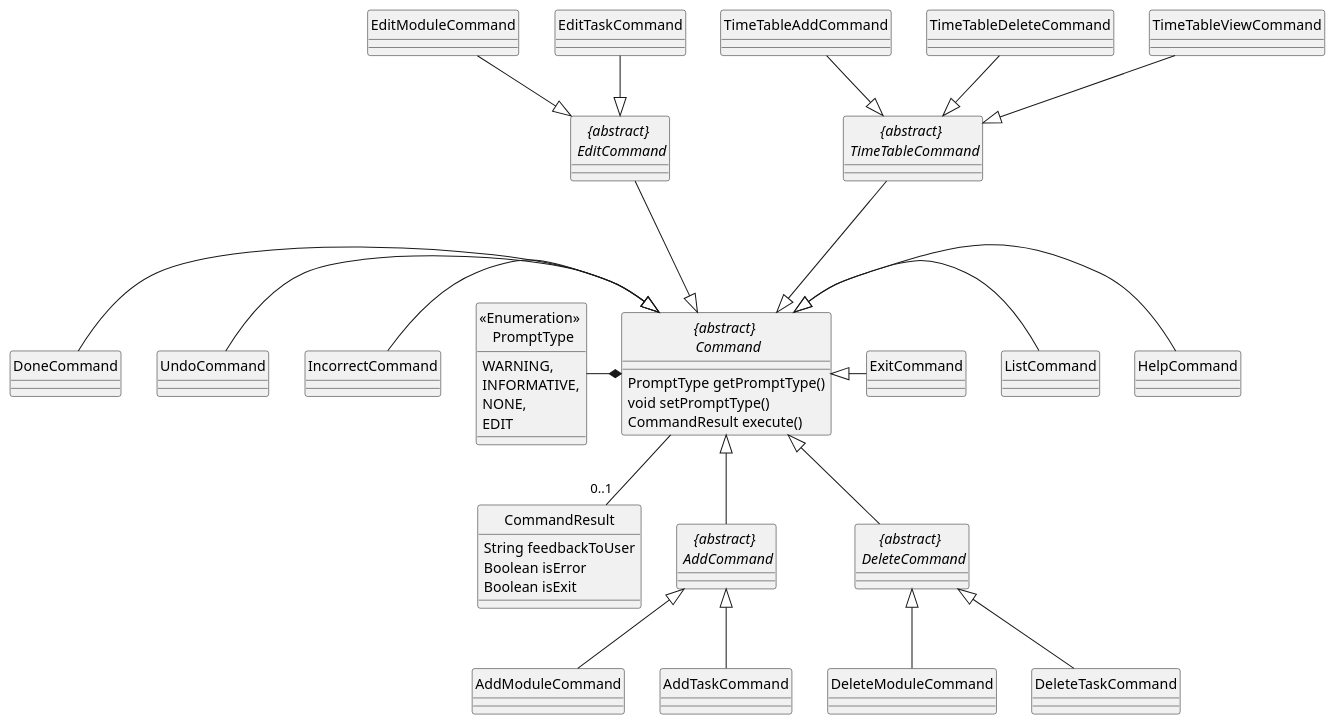
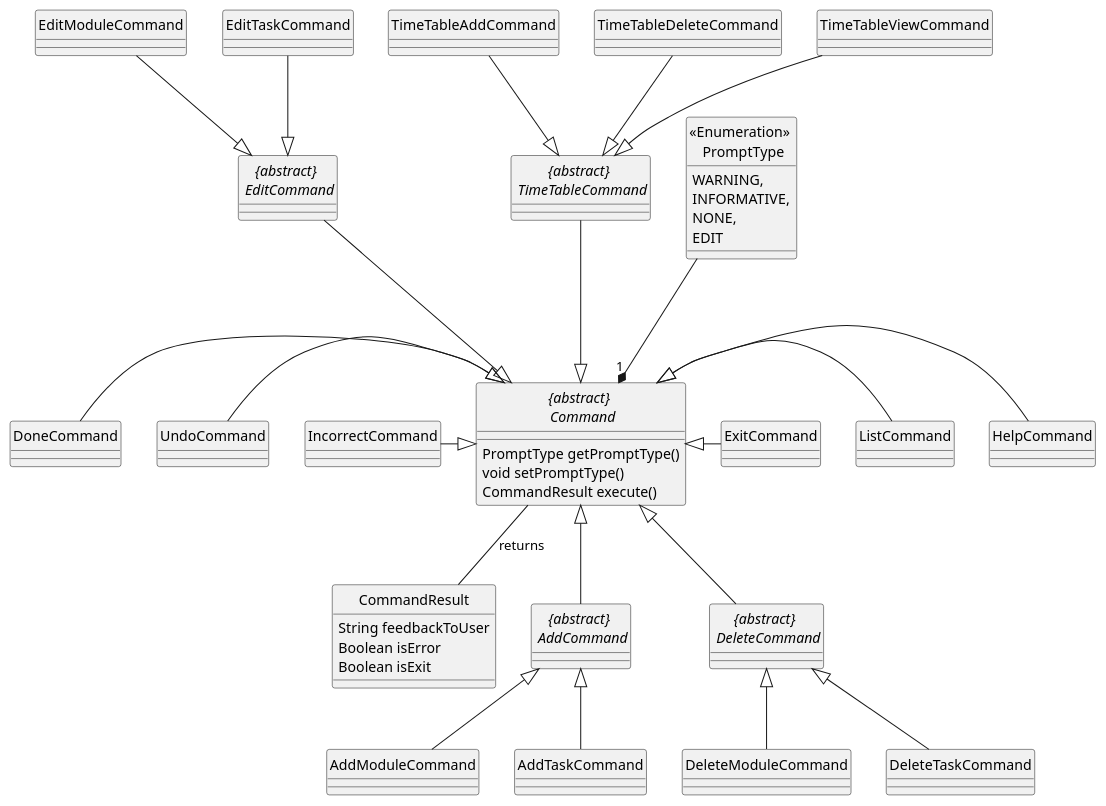
The diagram in docs/diagrams/UML/CommandClassDiagram.puml (wangqinNick/tp), drawn with PlantUML before and after one commit. The commit also changed 1 other file, not shown here.

Commit message:
Changes to CommandClassDiagram

```diff
--- a/docs/diagrams/UML/CommandClassDiagram.puml
+++ b/docs/diagrams/UML/CommandClassDiagram.puml
@@ -1,76 +1,76 @@
 @startuml
 
 hide circle
 skinparam classAttributeIconSize 0
 
 abstract class "{abstract} \n Command" {
     PromptType getPromptType()
     void setPromptType()
     CommandResult execute()
 }
 
 class CommandResult {
     String feedbackToUser
     Boolean isError
     Boolean isExit
 }
 
 abstract class "{abstract} \n AddCommand"
 class AddModuleCommand
 class AddTaskCommand
 
 abstract class "{abstract} \n DeleteCommand"
 class DeleteModuleCommand
 class DeleteTaskCommand
 
 abstract class "{abstract} \n EditCommand"
 class EditModuleCommand
 class EditTaskCommand
 
 abstract class "{abstract} \n TimeTableCommand"
 class TimeTableAddCommand
 class TimeTableDeleteCommand
 class TimeTableViewCommand
 
 class DoneCommand
 class UndoCommand
 class HelpCommand
 class ListCommand
 class ExitCommand
 class IncorrectCommand
 enum "<<Enumeration>> \n PromptType" {
     WARNING,
     INFORMATIVE,
     NONE,
     EDIT
 }
 
 "{abstract} \n Command" <|- HelpCommand
 "{abstract} \n Command" <|- ListCommand
 "{abstract} \n Command" <|- ExitCommand
 "{abstract} \n Command" <|-- "{abstract} \n DeleteCommand"
 "{abstract} \n Command" <|-- "{abstract} \n AddCommand"
 "{abstract} \n EditCommand" ---|> "{abstract} \n Command"
 DoneCommand -|> "{abstract} \n Command"
 UndoCommand -|> "{abstract} \n Command"
 IncorrectCommand -|> "{abstract} \n Command"
 "{abstract} \n TimeTableCommand" ---|> "{abstract} \n Command"
 
-"<<Enumeration>> \n PromptType" -* "{abstract} \n Command"
+"<<Enumeration>> \n PromptType" ---* "1" "{abstract} \n Command"
 
-"{abstract} \n Command" -- "0..1" CommandResult
+"{abstract} \n Command" -- CommandResult : returns
 
 "{abstract} \n AddCommand" <|-- AddModuleCommand
 "{abstract} \n AddCommand" <|-- AddTaskCommand
 
 "{abstract} \n DeleteCommand" <|-- DeleteModuleCommand
 "{abstract} \n DeleteCommand" <|-- DeleteTaskCommand
 
 EditModuleCommand --|> "{abstract} \n EditCommand"
 EditTaskCommand --|> "{abstract} \n EditCommand"
 
 TimeTableAddCommand --|> "{abstract} \n TimeTableCommand"
 TimeTableDeleteCommand --|> "{abstract} \n TimeTableCommand"
 TimeTableViewCommand --|> "{abstract} \n TimeTableCommand"
 
 @enduml
```
